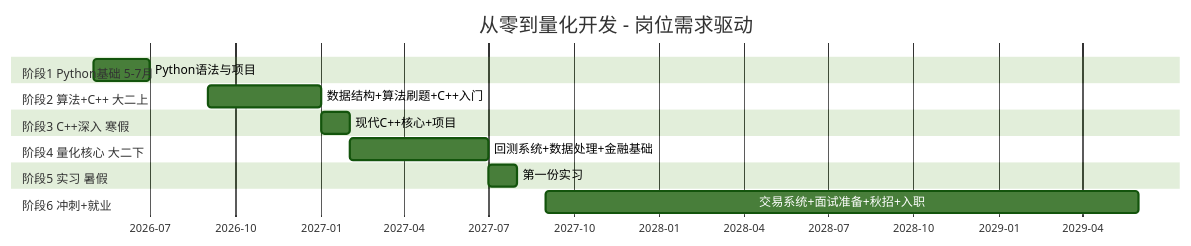
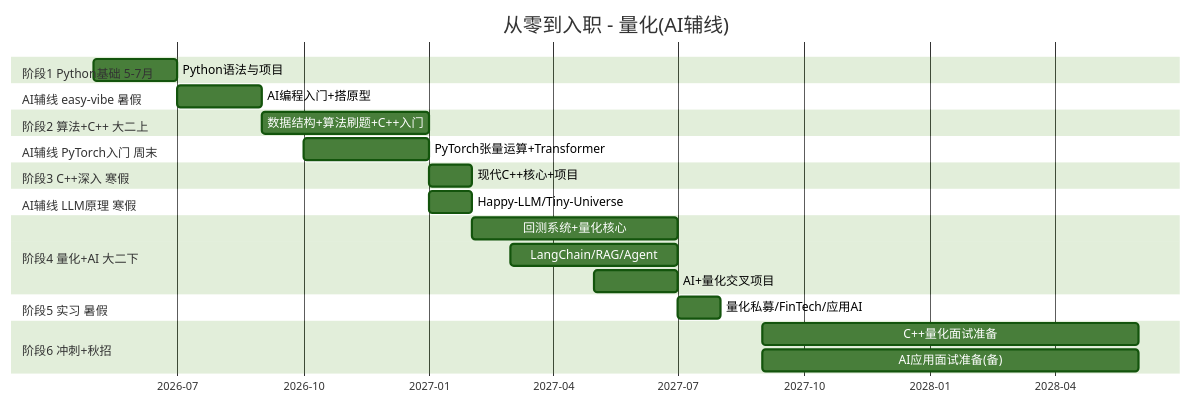
One commit to radiumno/study_plan changed the first of 2 diagrams in resources/主脉络.md. Above: the diagram before and after it, drawn with Mermaid (forest theme). The commit also changed other lines of this file and 13 other files, not shown here.

````diff
--- a/resources/主脉络.md
+++ b/resources/主脉络.md
@@ -169,24 +175,36 @@
 ```mermaid
 gantt
-    title 从零到量化开发 - 岗位需求驱动
+    title 从零到入职 - 量化(AI辅线)
     dateFormat  YYYY-MM
     axisFormat  %Y-%m
 
     section 阶段1 Python基础 5-7月
     Python语法与项目          :2026-05, 2026-07
 
+    section AI辅线 easy-vibe 暑假
+    AI编程入门+搭原型         :2026-07, 2026-09
+
     section 阶段2 算法+C++ 大二上
     数据结构+算法刷题+C++入门  :2026-09, 2027-01
+
+    section AI辅线 PyTorch入门 周末
+    PyTorch张量运算+Transformer   :2026-10, 2027-01
 
     section 阶段3 C++深入 寒假
     现代C++核心+项目           :2027-01, 2027-02
 
-    section 阶段4 量化核心 大二下
-    回测系统+数据处理+金融基础 :2027-02, 2027-07
+    section AI辅线 LLM原理 寒假
+    Happy-LLM/Tiny-Universe   :2027-01, 2027-02
+
+    section 阶段4 量化+AI 大二下
+    回测系统+量化核心          :2027-02, 2027-07
+    LangChain/RAG/Agent       :2027-03, 2027-07
+    AI+量化交叉项目            :2027-05, 2027-07
 
     section 阶段5 实习 暑假
-    第一份实习                :2027-07, 2027-08
+    量化私募/FinTech/应用AI    :2027-07, 2027-08
 
-    section 阶段6 冲刺+就业
-    交易系统+面试准备+秋招+入职 :2027-09, 2029-06
+    section 阶段6 冲刺+秋招
+    C++量化面试准备            :2027-09, 2028-06
+    AI应用面试准备(备)          :2027-09, 2028-06
 ```
````
